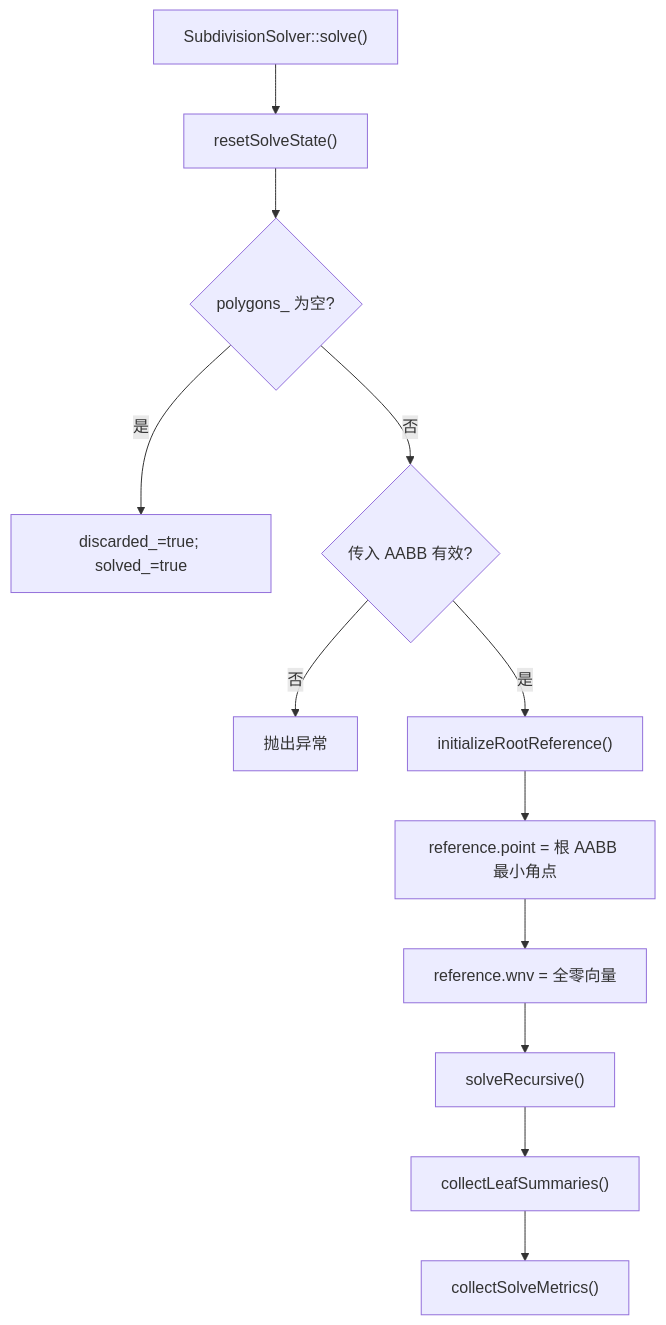
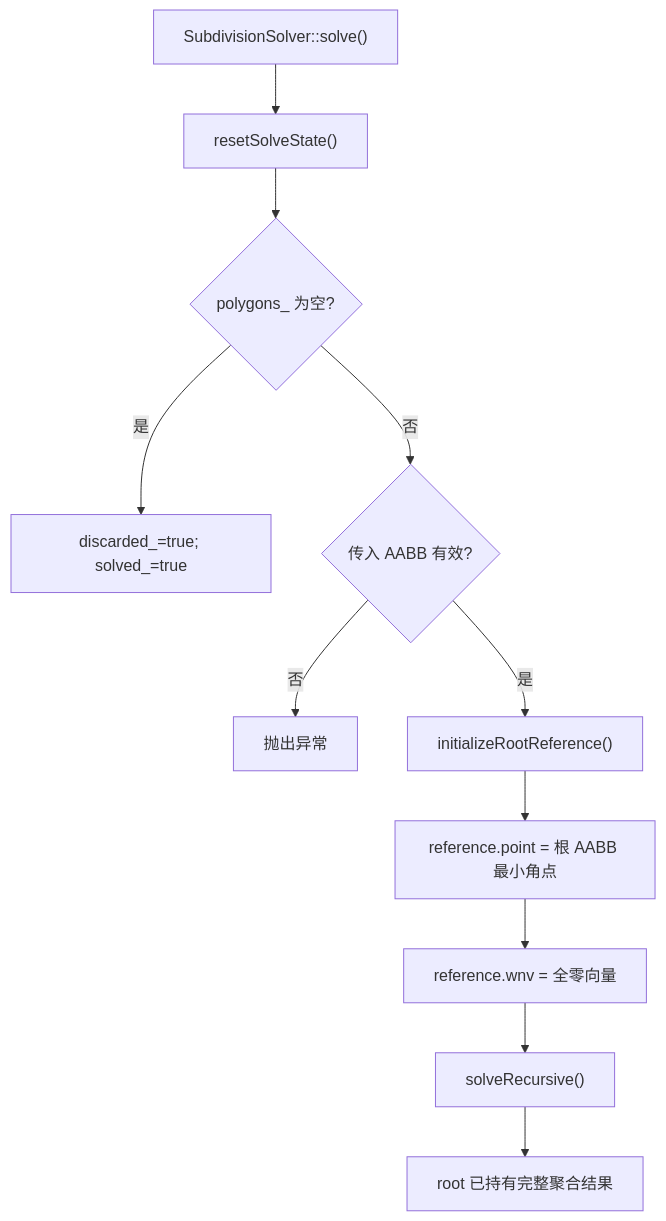
Before and after one commit to SDU-YueQiu/re-EMBER: the third of 11 diagrams in docs/core-logic-flow.md, drawn with Mermaid. The commit also changed other lines of this file and 8 other files, not shown here.

````diff
--- a/docs/core-logic-flow.md
+++ b/docs/core-logic-flow.md
@@ -102,14 +102,13 @@
 ```mermaid
 flowchart TD
     A["SubdivisionSolver::solve()"] --> B["resetSolveState()"]
     B --> C{"polygons_ 为空?"}
     C -->|是| D["discarded_=true; solved_=true"]
     C -->|否| E{"传入 AABB 有效?"}
     E -->|否| F["抛出异常"]
     E -->|是| H["initializeRootReference()"]
     H --> I["reference.point = 根 AABB 最小角点"]
     I --> J["reference.wnv = 全零向量"]
     J --> K["solveRecursive()"]
-    K --> L["collectLeafSummaries()"]
-    L --> M["collectSolveMetrics()"]
+    K --> L["root 已持有完整聚合结果"]
 ```
````
